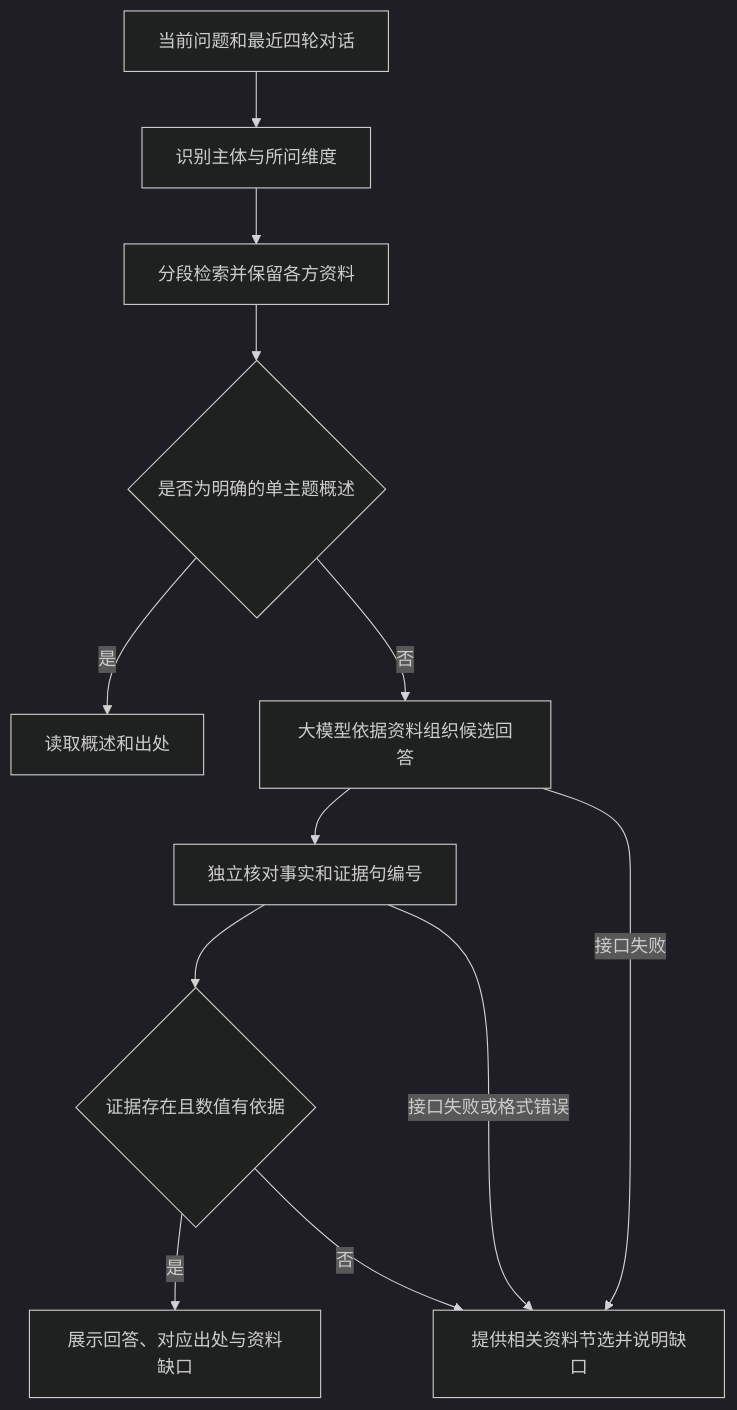
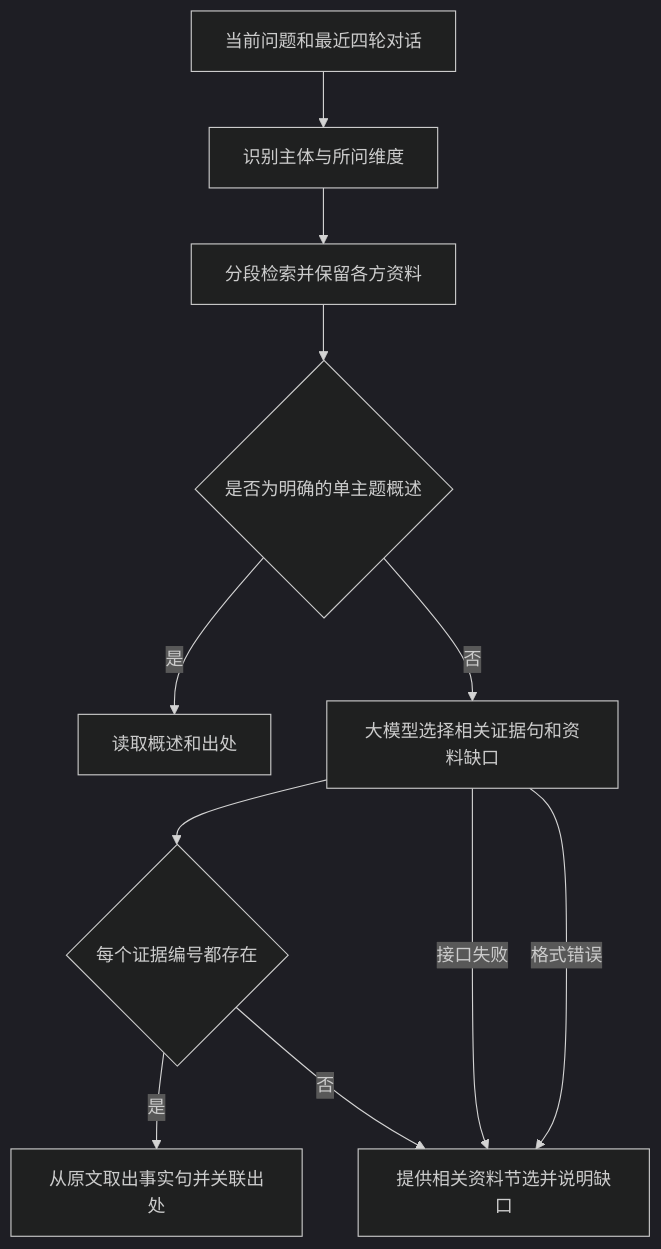
One commit to lwy9107124035/longnankejia changed the diagram in docs/qa-workflow.md. Above: the diagram before and after it, drawn with Mermaid (dark theme). The commit also changed other lines of this file and 8 other files, not shown here.

````diff
--- a/docs/qa-workflow.md
+++ b/docs/qa-workflow.md
@@ -5,14 +5,13 @@
 ```mermaid
 flowchart TD
  Q[当前问题和最近四轮对话] --> S[识别主体与所问维度]
  S --> R[分段检索并保留各方资料]
  R --> O{是否为明确的单主题概述}
  O -->|是| L[读取概述和出处]
- O -->|否| G[大模型依据资料组织候选回答]
- G --> V[独立核对事实和证据句编号]
- V --> C{证据存在且数值有依据}
- C -->|是| A[展示回答、对应出处与资料缺口]
+ O -->|否| G[大模型选择相关证据句和资料缺口]
+ G --> C{每个证据编号都存在}
+ C -->|是| A[从原文取出事实句并关联出处]
  C -->|否| F[提供相关资料节选并说明缺口]
  G -->|接口失败| F
- V -->|接口失败或格式错误| F
+ G -->|格式错误| F
 ```
````
